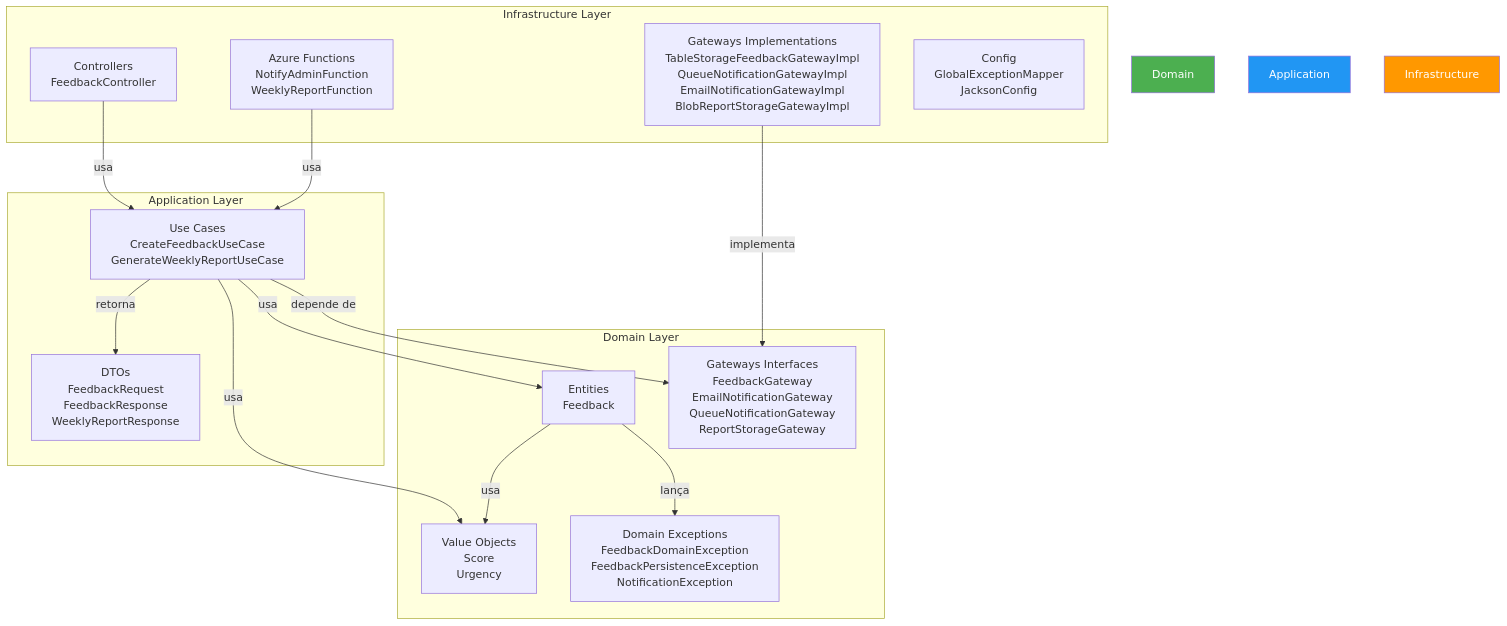
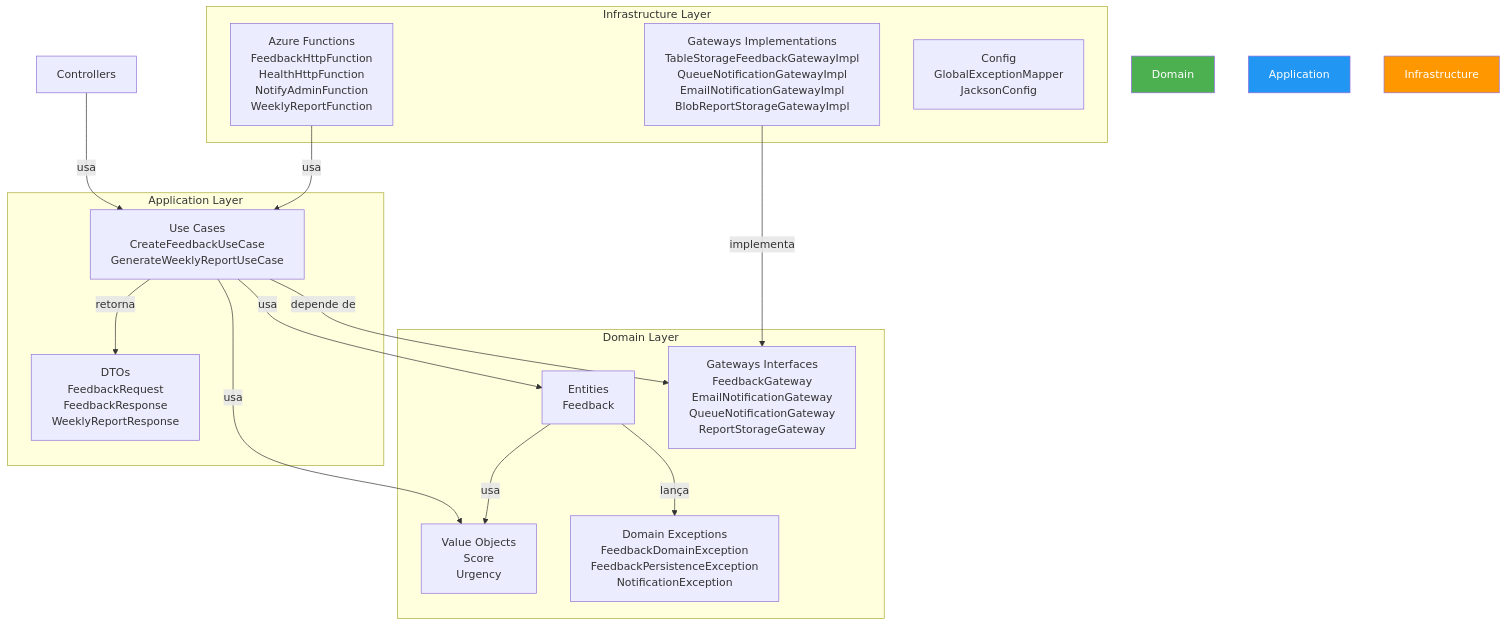
The fifth of 9 diagrams in README.md (luizffdemoraes/feedback-sync), drawn with Mermaid before and after one commit. The commit also changed other lines of this file and 5 other files, not shown here.

````diff
--- a/README.md
+++ b/README.md
@@ -441,35 +441,34 @@
 ```mermaid
 graph TB
     subgraph "Infrastructure Layer"
-        Controllers[Controllers<br/>FeedbackController]
-        Handlers[Azure Functions<br/>NotifyAdminFunction<br/>WeeklyReportFunction]
+        Handlers[Azure Functions<br/>FeedbackHttpFunction<br/>HealthHttpFunction<br/>NotifyAdminFunction<br/>WeeklyReportFunction]
         GatewaysImpl[Gateways Implementations<br/>TableStorageFeedbackGatewayImpl<br/>QueueNotificationGatewayImpl<br/>EmailNotificationGatewayImpl<br/>BlobReportStorageGatewayImpl]
         Config[Config<br/>GlobalExceptionMapper<br/>JacksonConfig]
     end
 
     subgraph "Application Layer"
         UseCases[Use Cases<br/>CreateFeedbackUseCase<br/>GenerateWeeklyReportUseCase]
         DTOs[DTOs<br/>FeedbackRequest<br/>FeedbackResponse<br/>WeeklyReportResponse]
     end
 
     subgraph "Domain Layer"
         Entities[Entities<br/>Feedback]
         ValueObjects[Value Objects<br/>Score<br/>Urgency]
         Gateways[Gateways Interfaces<br/>FeedbackGateway<br/>EmailNotificationGateway<br/>QueueNotificationGateway<br/>ReportStorageGateway]
         Exceptions[Domain Exceptions<br/>FeedbackDomainException<br/>FeedbackPersistenceException<br/>NotificationException]
     end
 
     Controllers -->|usa| UseCases
     Handlers -->|usa| UseCases
     UseCases -->|usa| Entities
     UseCases -->|usa| ValueObjects
     UseCases -->|depende de| Gateways
     GatewaysImpl -->|implementa| Gateways
     UseCases -->|retorna| DTOs
     Entities -->|usa| ValueObjects
     Entities -->|lança| Exceptions
 
     style Domain fill:#4CAF50,color:#fff
     style Application fill:#2196F3,color:#fff
     style Infrastructure fill:#FF9800,color:#fff
 ```
````
